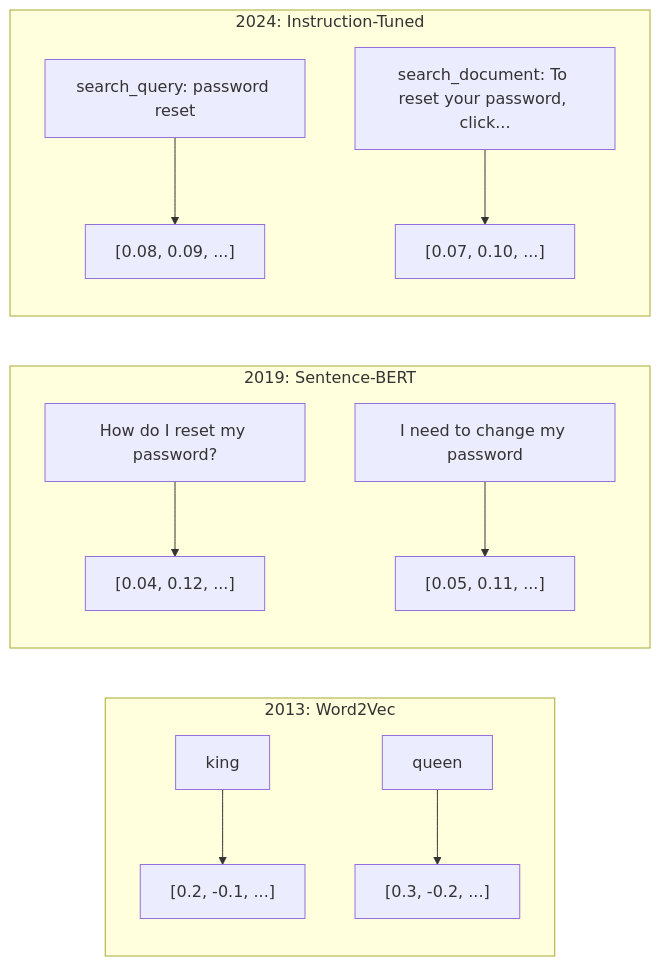
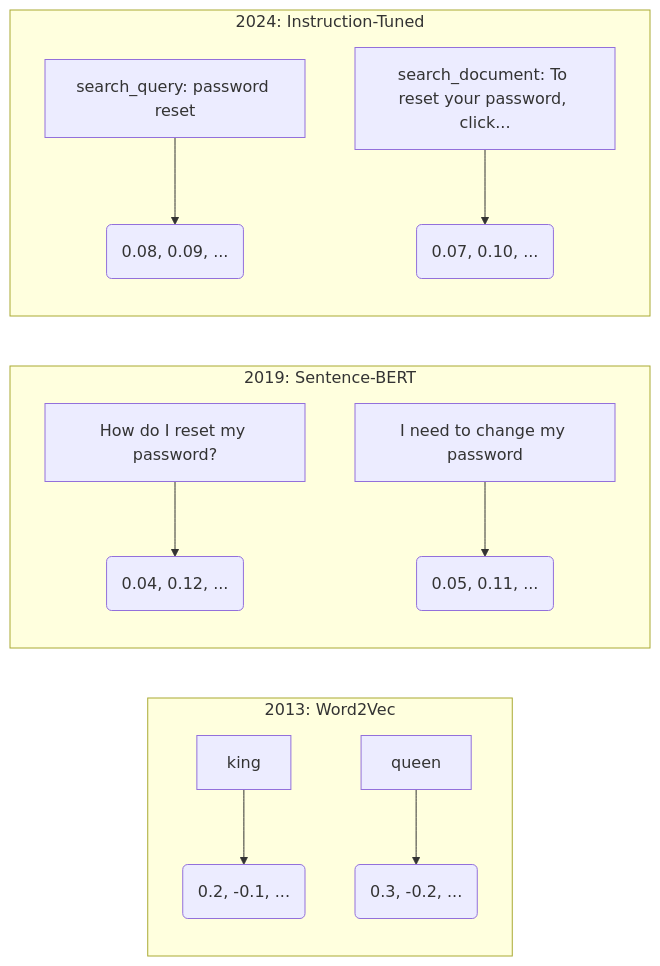
The first of 3 diagrams in phases/11-llm-engineering/04-embeddings/docs/zh.md (yuanbaoerer/ai-engineering-from-scratch), drawn with Mermaid before and after one commit. The commit also changed other lines of this file and 2 other files, not shown here.

Commit message:
docs: update learning path and embeddings documentation

````diff
--- a/phases/11-llm-engineering/04-embeddings/docs/zh.md
+++ b/phases/11-llm-engineering/04-embeddings/docs/zh.md
@@ -62,17 +63,17 @@
 ```mermaid
 graph LR
     subgraph "2013: Word2Vec"
-        W1["king"] --> V1["[0.2, -0.1, ...]"]
-        W2["queen"] --> V2["[0.3, -0.2, ...]"]
+        W1["king"] --> V1("0.2, -0.1, ...")
+        W2["queen"] --> V2("0.3, -0.2, ...")
     end
 
     subgraph "2019: Sentence-BERT"
-        S1["How do I reset my password?"] --> E1["[0.04, 0.12, ...]"]
-        S2["I need to change my password"] --> E2["[0.05, 0.11, ...]"]
+        S1["How do I reset my password?"] --> E1("0.04, 0.12, ...")
+        S2["I need to change my password"] --> E2("0.05, 0.11, ...")
     end
 
     subgraph "2024: Instruction-Tuned"
-        I1["search_query: password reset"] --> T1["[0.08, 0.09, ...]"]
-        I2["search_document: To reset your password, click..."] --> T2["[0.07, 0.10, ...]"]
+        I1["search_query: password reset"] --> T1("0.08, 0.09, ...")
+        I2["search_document: To reset your password, click..."] --> T2("0.07, 0.10, ...")
     end
 ```
````
